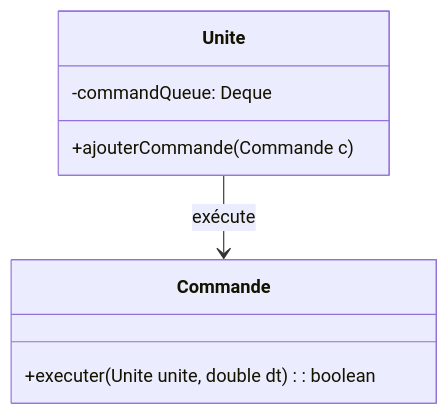
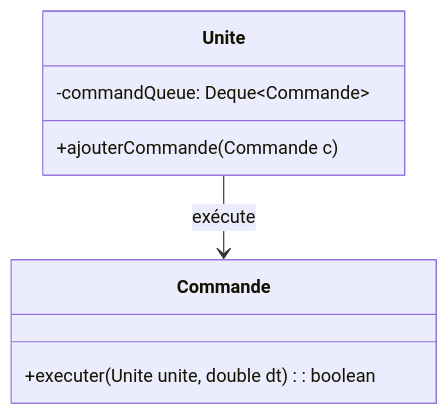
Before and after one commit to FattDoan/Projet-PCII-Groupe: diagram 18 of 21 in docs/Rapport.md, drawn with Mermaid. The commit also changed other lines of this file, not shown here.

Commit message:
regla du rapport

````diff
--- a/docs/Rapport.md
+++ b/docs/Rapport.md
@@ -1119,11 +1119,11 @@
 ```mermaid
 classDiagram
     class Unite {
-        -commandQueue: Deque<Commande>
+        -commandQueue: Deque~Commande~
         +ajouterCommande(Commande c)
     }
     class Commande {
         +executer(Unite unite, double dt): boolean
     }
     Unite --> Commande : exécute
 ```
````
